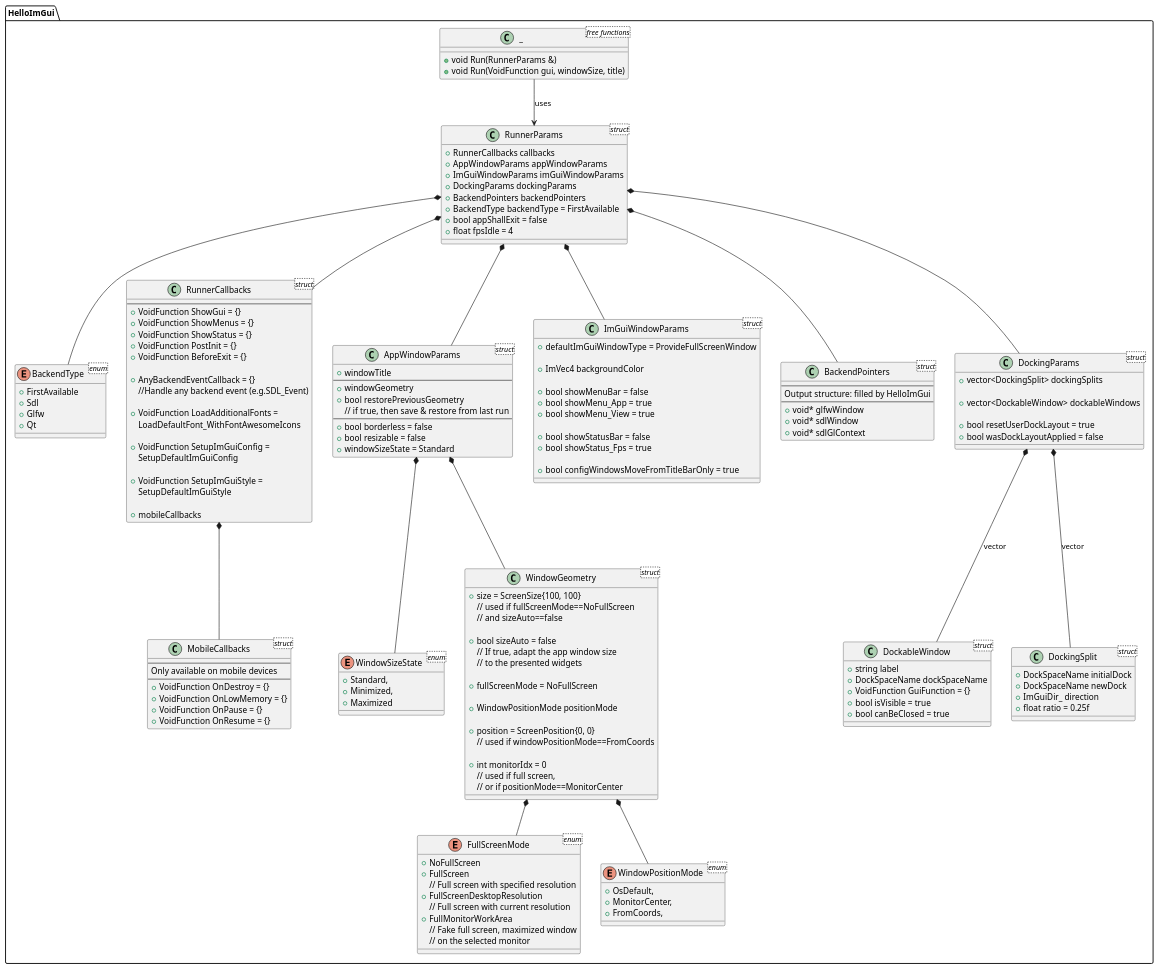
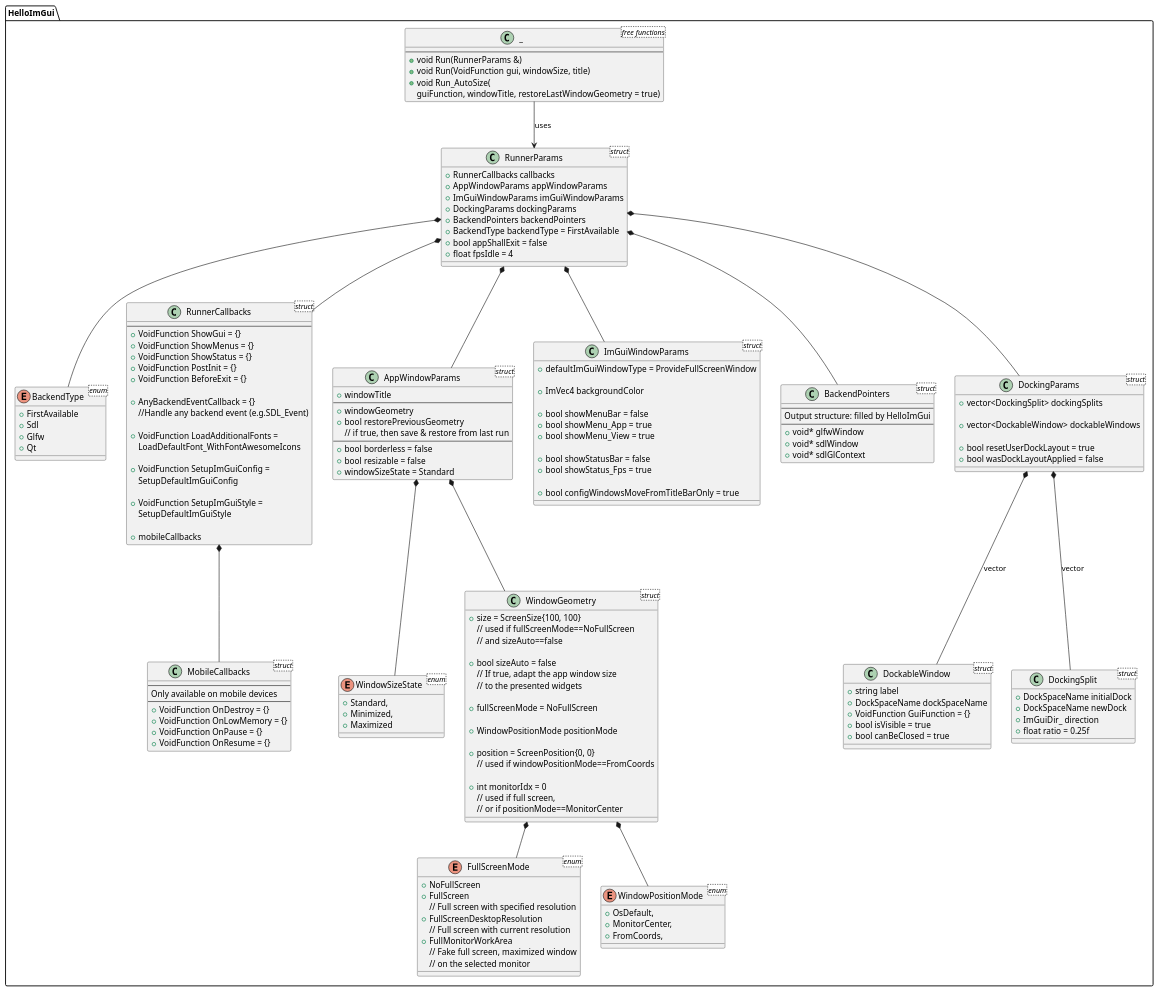
The diagram in src/hello_imgui/doc_src/hello_imgui_diagram.puml (pthom/hello_imgui), drawn with PlantUML before and after one commit. The commit also changed 3 other files, not shown here.

Commit message:
Update diagram

```diff
--- a/src/hello_imgui/doc_src/hello_imgui_diagram.puml
+++ b/src/hello_imgui/doc_src/hello_imgui_diagram.puml
@@ -1,190 +1,193 @@
 @startuml
 namespace HelloImGui {
 
 class _ <free functions> {
+    ----
     + void Run(RunnerParams &)
     + void Run(VoidFunction gui, windowSize, title)
+    + void Run_AutoSize(
+        guiFunction, windowTitle, restoreLastWindowGeometry = true)
 }
 
 _ --> RunnerParams: uses
 
 enum BackendType <enum>{
     + FirstAvailable
     + Sdl
     + Glfw
     + Qt
 }
 
 class RunnerParams <struct> {
     + RunnerCallbacks callbacks
     + AppWindowParams appWindowParams
     + ImGuiWindowParams imGuiWindowParams
     + DockingParams dockingParams
     + BackendPointers backendPointers
     + BackendType backendType = FirstAvailable
     + bool appShallExit = false
     + float fpsIdle = 4
 }
 
 class RunnerCallbacks <struct> {
     ---
     + VoidFunction ShowGui = {}
     + VoidFunction ShowMenus = {}
     + VoidFunction ShowStatus = {}
     + VoidFunction PostInit = {}
     + VoidFunction BeforeExit = {}
 
     + AnyBackendEventCallback = {}
     //Handle any backend event (e.g.SDL_Event)
 
     + VoidFunction LoadAdditionalFonts =
        LoadDefaultFont_WithFontAwesomeIcons
 
     + VoidFunction SetupImGuiConfig =
       SetupDefaultImGuiConfig
 
     + VoidFunction SetupImGuiStyle =
       SetupDefaultImGuiStyle
 
     + mobileCallbacks
 }
 
 class MobileCallbacks <struct>{
     ---
     Only available on mobile devices
     ---
     + VoidFunction OnDestroy = {}
     + VoidFunction OnLowMemory = {}
     + VoidFunction OnPause = {}
     + VoidFunction OnResume = {}
 }
 RunnerCallbacks *-- MobileCallbacks
 
 enum FullScreenMode <enum>{
     + NoFullScreen
     + FullScreen
     // Full screen with specified resolution
     + FullScreenDesktopResolution
     // Full screen with current resolution
     + FullMonitorWorkArea
     // Fake full screen, maximized window
     // on the selected monitor
 }
 
 enum WindowSizeState <enum>{
     + Standard,
     + Minimized,
     + Maximized
 }
 
 
 
 enum WindowPositionMode <enum>{
     + OsDefault,
     + MonitorCenter,
     + FromCoords,
 }
 
 
 
 class WindowGeometry <struct>{
     + size = ScreenSize{100, 100}
     // used if fullScreenMode==NoFullScreen
     // and sizeAuto==false
 
     + bool sizeAuto = false
     // If true, adapt the app window size
     // to the presented widgets
 
     + fullScreenMode = NoFullScreen
 
     + WindowPositionMode positionMode
 
     + position = ScreenPosition{0, 0}
     // used if windowPositionMode==FromCoords
 
     + int monitorIdx = 0
     // used if full screen,
     // or if positionMode==MonitorCenter
 }
 
 WindowGeometry *-- FullScreenMode
 WindowGeometry *-- WindowPositionMode
 
 
 
 class AppWindowParams <struct>{
     + windowTitle
     ---
     + windowGeometry
     + bool restorePreviousGeometry
     // if true, then save & restore from last run
     ---
     + bool borderless = false
     + bool resizable = false
     + windowSizeState = Standard
 }
 
 AppWindowParams *-- WindowGeometry
 AppWindowParams *-- WindowSizeState
 
 
 class ImGuiWindowParams <struct> {
     + defaultImGuiWindowType = ProvideFullScreenWindow
 
     + ImVec4 backgroundColor
 
     + bool showMenuBar = false
     + bool showMenu_App = true
     + bool showMenu_View = true
 
     + bool showStatusBar = false
     + bool showStatus_Fps = true
 
     + bool configWindowsMoveFromTitleBarOnly = true
 }
 
 class BackendPointers <struct> {
   ---
   Output structure: filled by HelloImGui
   ---
   + void* glfwWindow
   + void* sdlWindow
   + void* sdlGlContext
 }
 
 class DockingParams <struct> {
     + vector<DockingSplit> dockingSplits
 
     + vector<DockableWindow> dockableWindows
 
     + bool resetUserDockLayout = true
     + bool wasDockLayoutApplied = false
 }
 
 class DockableWindow <struct> {
     + string label
     + DockSpaceName dockSpaceName
     + VoidFunction GuiFunction = {}
     + bool isVisible = true
     + bool canBeClosed = true
 }
 
 class DockingSplit <struct> {
     + DockSpaceName initialDock
     + DockSpaceName newDock
     + ImGuiDir_ direction
     + float ratio = 0.25f
 }
 
 RunnerParams *-- BackendType
 RunnerParams *-- RunnerCallbacks
 RunnerParams *-- AppWindowParams
 RunnerParams *-- ImGuiWindowParams
 RunnerParams *-- BackendPointers
 RunnerParams *-- DockingParams
 DockingParams *-- DockableWindow : vector
 DockingParams *-- DockingSplit : vector
 
 }
 @enduml
```
